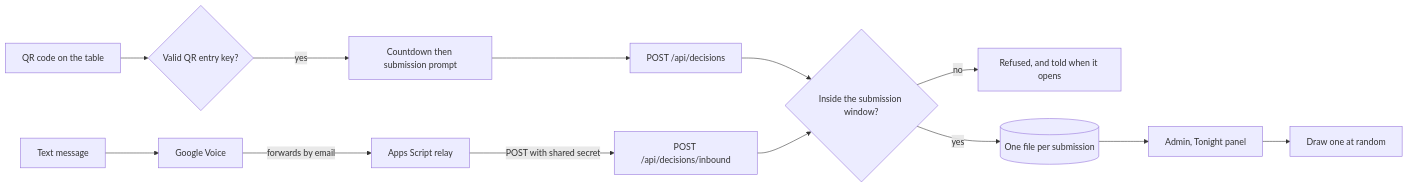
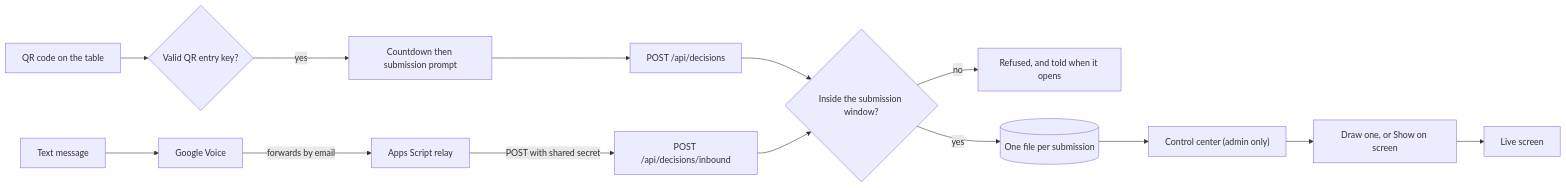
Before and after one commit to taylordrew4u2/PinsAndNeedlesComedyWebsite: the diagram in README.md, drawn with Mermaid. The commit also changed other lines of this file and 11 other files, not shown here.

First line of the commit message:
Move show night to a separate admin-only control center (#62)

````diff
--- a/README.md
+++ b/README.md
@@ -51,18 +51,19 @@
 ```mermaid
 flowchart LR
   QR["QR code on the table"] --> Access{"Valid QR entry key?"}
   Access -->|yes| Form["Countdown then submission prompt"]
   SMS["Text message"] --> Voice["Google Voice"]
   Voice -->|forwards by email| Relay["Apps Script relay"]
 
   Form --> Public["POST /api/decisions"]
   Relay -->|POST with shared secret| Inbound["POST /api/decisions/inbound"]
 
   Public --> Gate{"Inside the submission window?"}
   Inbound --> Gate
   Gate -->|no| Closed["Refused, and told when it opens"]
   Gate -->|yes| Store[("One file per submission")]
 
-  Store --> Panel["Admin, Tonight panel"]
-  Panel --> Draw["Draw one at random"]
+  Store --> Panel["Control center (admin only)"]
+  Panel --> Draw["Draw one, or Show on screen"]
+  Draw --> Screen["Live screen"]
 ```
````
